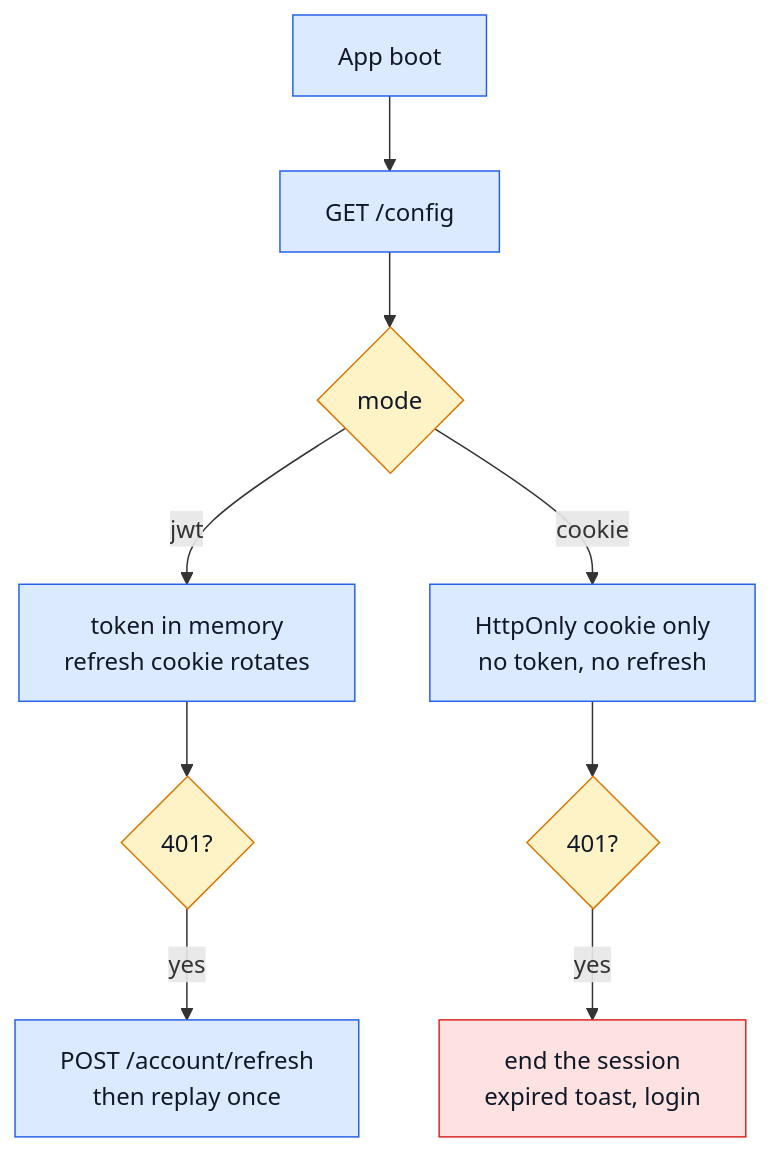
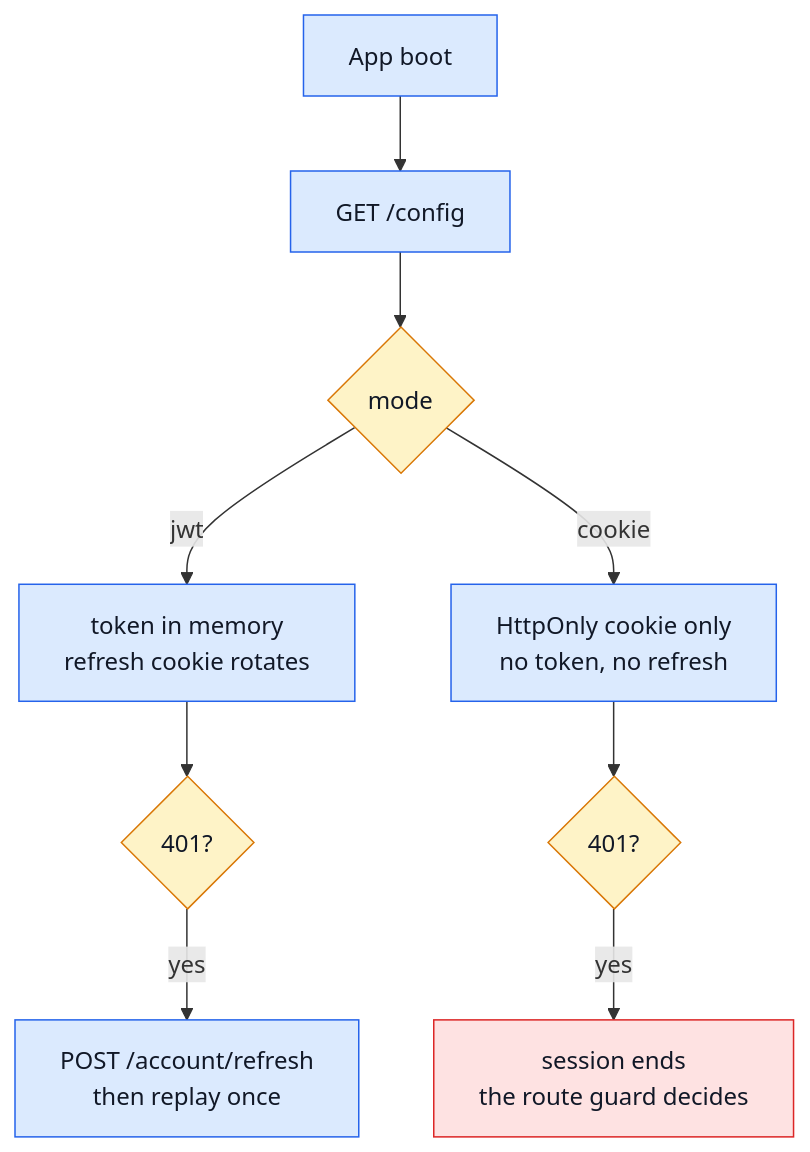
Before and after one commit to Guebbit/boilerplate-vue-frontend: the first of 4 diagrams in docs/tools/security.md, drawn with Mermaid. The commit also changed other lines of this file and 28 other files, not shown here.

````diff
--- a/docs/tools/security.md
+++ b/docs/tools/security.md
@@ -18,18 +18,18 @@
 ```mermaid
 flowchart TD
     Boot[App boot] --> Cfg["GET /config"]
     Cfg --> Mode{mode}
     Mode -- jwt --> J["token in memory\nrefresh cookie rotates"]
     Mode -- cookie --> C["HttpOnly cookie only\nno token, no refresh"]
     J --> J401{"401?"}
     J401 -- yes --> Refresh["POST /account/refresh\nthen replay once"]
     C --> C401{"401?"}
-    C401 -- yes --> End["end the session\nexpired toast, login"]
+    C401 -- yes --> End["session ends\nthe route guard decides"]
 
     classDef step fill:#dbeafe,stroke:#2563eb,color:#111827;
     classDef decision fill:#fef3c7,stroke:#d97706,color:#111827;
     classDef error fill:#fee2e2,stroke:#dc2626,color:#111827;
     class Boot,Cfg,J,C,Refresh step;
     class Mode,J401,C401 decision;
     class End error;
 ```
````
